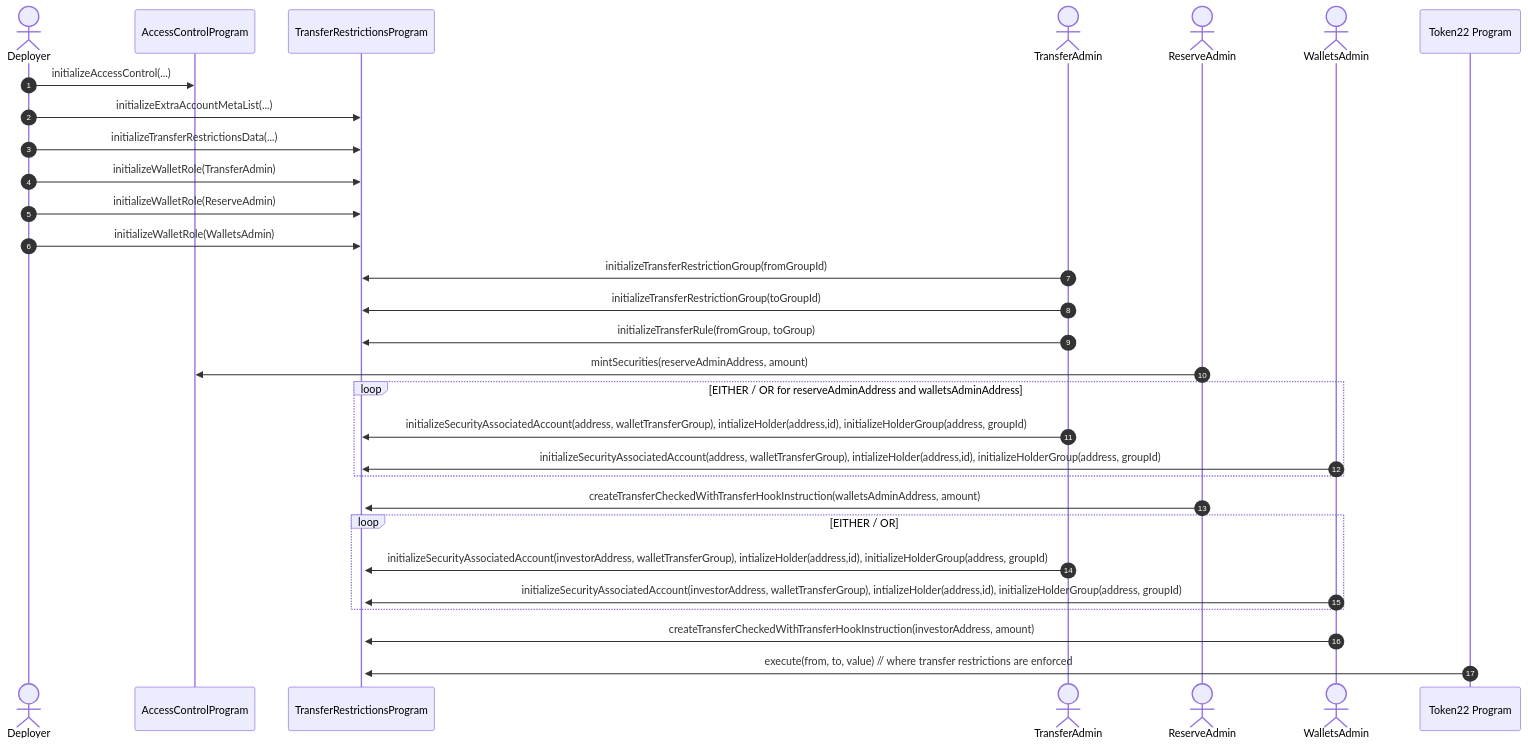
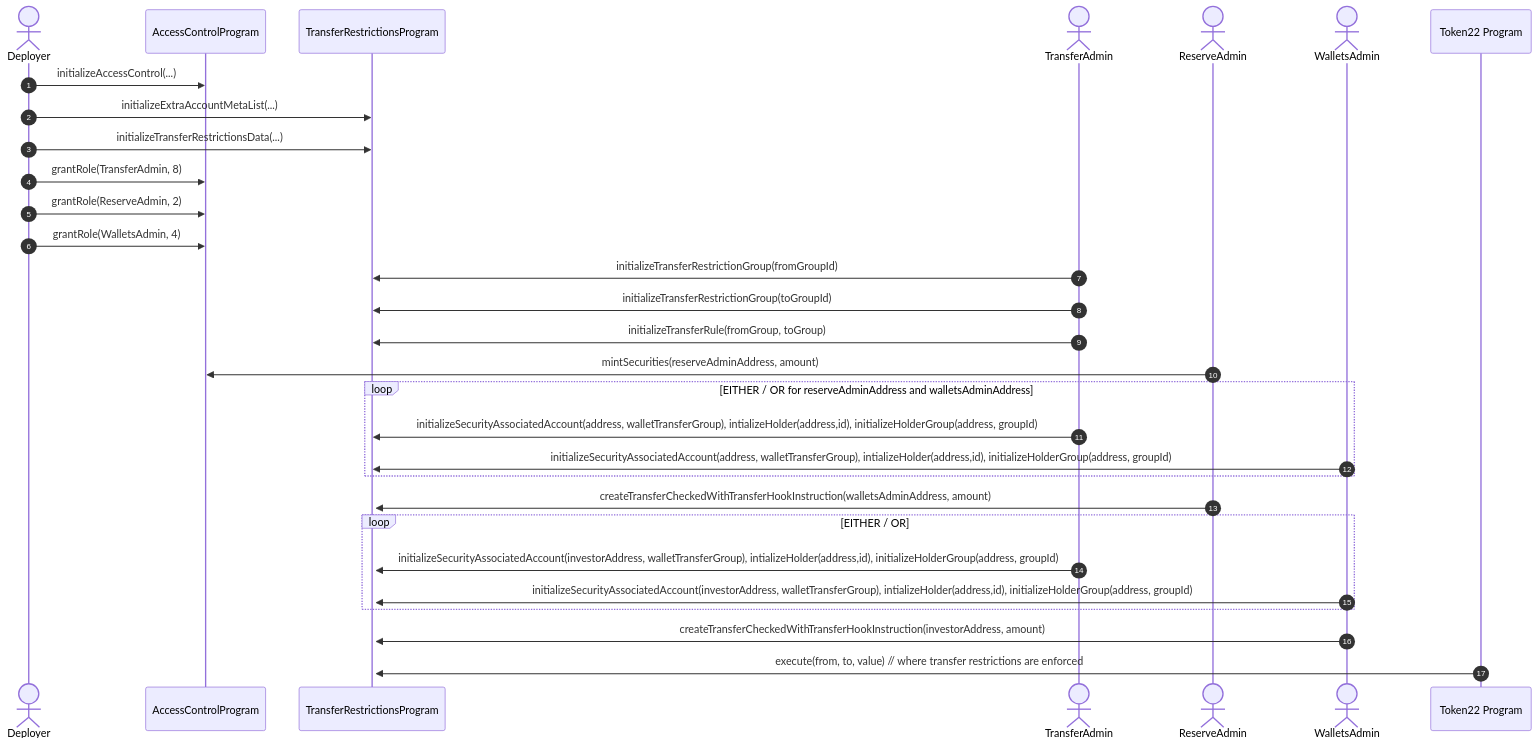
One commit to upsideos/upsideos-solana-rwa changed the third of 7 diagrams in README.md. Above: the diagram before and after it, drawn with Mermaid. The commit also changed other lines of this file and 18 other files, not shown here.

````diff
--- a/README.md
+++ b/README.md
@@ -386,39 +382,39 @@
 ```mermaid
 sequenceDiagram
   autonumber
 	actor Deployer
    participant AccessControlProgram
    participant TransferRestrictionsProgram
 
    actor TransferAdmin
    actor ReserveAdmin
    actor WalletsAdmin
 
   Deployer ->> AccessControlProgram: initializeAccessControl(...)
   Deployer ->> TransferRestrictionsProgram: initializeExtraAccountMetaList(...)
   Deployer ->> TransferRestrictionsProgram: initializeTransferRestrictionsData(...)
 
-  Deployer ->> TransferRestrictionsProgram: initializeWalletRole(TransferAdmin)
-  Deployer ->> TransferRestrictionsProgram: initializeWalletRole(ReserveAdmin)
-  Deployer ->> TransferRestrictionsProgram: initializeWalletRole(WalletsAdmin)
+  Deployer ->> AccessControlProgram: grantRole(TransferAdmin, 8)
+  Deployer ->> AccessControlProgram: grantRole(ReserveAdmin, 2)
+  Deployer ->> AccessControlProgram: grantRole(WalletsAdmin, 4)
 
   TransferAdmin ->> TransferRestrictionsProgram: initializeTransferRestrictionGroup(fromGroupId)
   TransferAdmin ->> TransferRestrictionsProgram: initializeTransferRestrictionGroup(toGroupId)
   TransferAdmin ->> TransferRestrictionsProgram: initializeTransferRule(fromGroup, toGroup)
 
   ReserveAdmin ->> AccessControlProgram: mintSecurities(reserveAdminAddress, amount)
 
   loop EITHER / OR for reserveAdminAddress and walletsAdminAddress
       TransferAdmin ->> TransferRestrictionsProgram: initializeSecurityAssociatedAccount(address, walletTransferGroup), intializeHolder(address,id), initializeHolderGroup(address, groupId)
       WalletsAdmin ->> TransferRestrictionsProgram: initializeSecurityAssociatedAccount(address, walletTransferGroup), intializeHolder(address,id), initializeHolderGroup(address, groupId)
   end
 
   ReserveAdmin ->>+ TransferRestrictionsProgram: createTransferCheckedWithTransferHookInstruction(walletsAdminAddress, amount)
   loop EITHER / OR
       TransferAdmin ->> TransferRestrictionsProgram: initializeSecurityAssociatedAccount(investorAddress, walletTransferGroup), intializeHolder(address,id), initializeHolderGroup(address, groupId)
       WalletsAdmin ->> TransferRestrictionsProgram: initializeSecurityAssociatedAccount(investorAddress, walletTransferGroup), intializeHolder(address,id), initializeHolderGroup(address, groupId)
   end
 
   WalletsAdmin ->> TransferRestrictionsProgram: createTransferCheckedWithTransferHookInstruction(investorAddress, amount)
   Token22 Program ->> TransferRestrictionsProgram: execute(from, to, value) // where transfer restrictions are enforced
 ```
````
